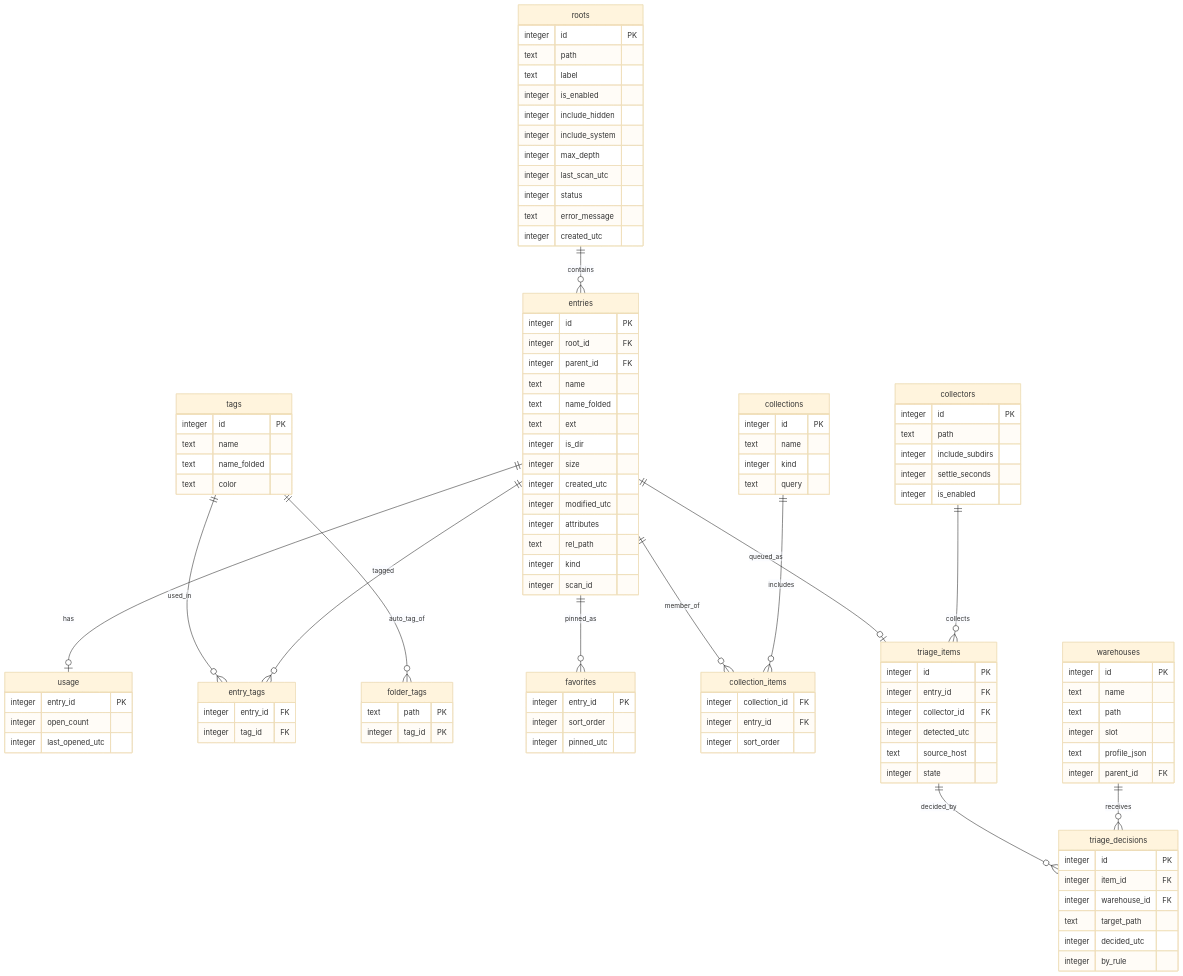
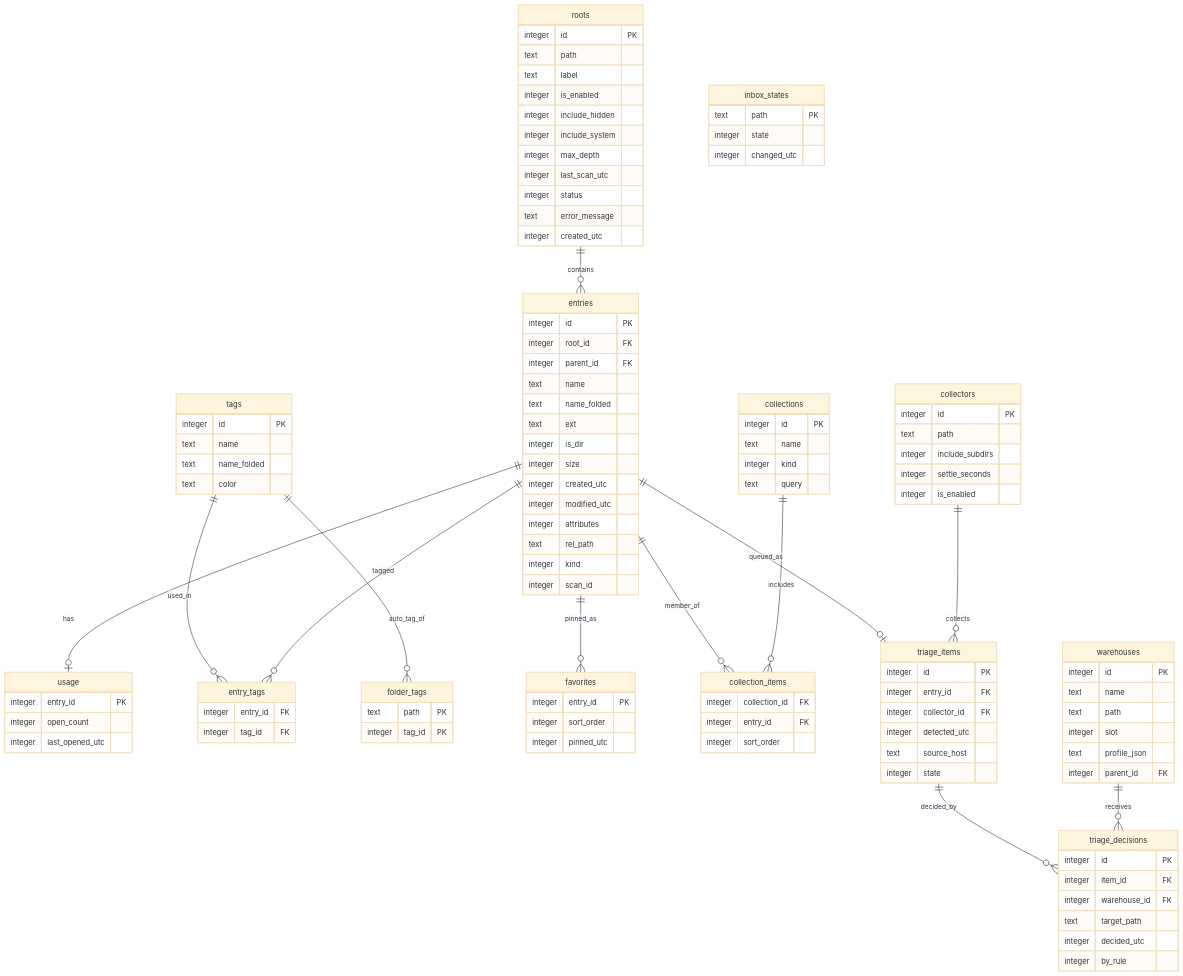
Before and after one commit to IichiKohuro/DiskApp: the fifth of 7 diagrams in docs/ARCHITECTURE.md, drawn with Mermaid (base theme). The commit also changed other lines of this file and 4 other files, not shown here.

```diff
--- a/docs/ARCHITECTURE.md
+++ b/docs/ARCHITECTURE.md
@@ -263,6 +263,11 @@
         text path PK
         integer tag_id PK
     }
+    inbox_states {
+        text path PK
+        integer state
+        integer changed_utc
+    }
     collections {
         integer id PK
         text name
```
